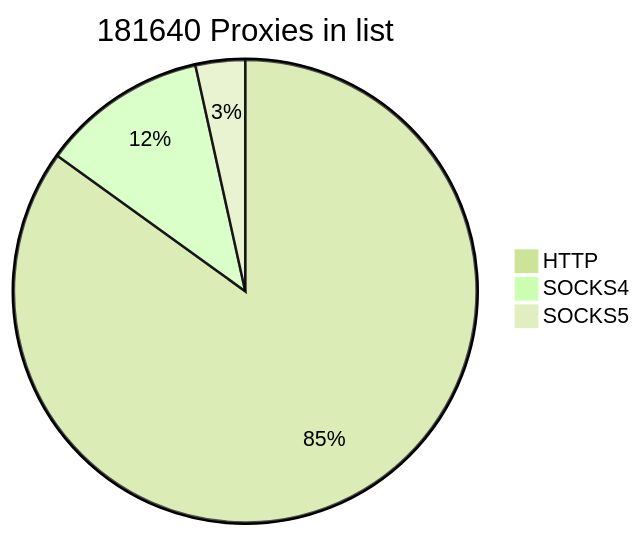
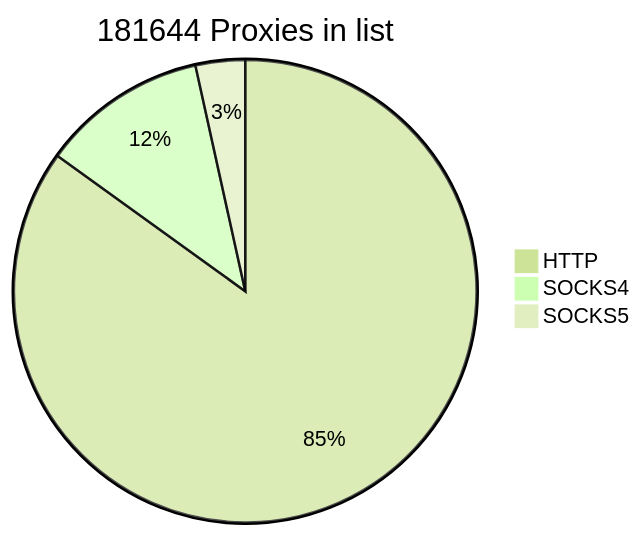
One commit to cutipu/proxylist changed the first of 2 diagrams in README.md. Above: the diagram before and after it, drawn with Mermaid (forest theme). The commit also changed other lines of this file, not shown here.

````diff
--- a/README.md
+++ b/README.md
@@ -2,7 +2,7 @@
 ```mermaid
-pie title 181640 Proxies in list
-    "HTTP" : 154288
-    "SOCKS4" : 21071
+pie title 181644 Proxies in list
+    "HTTP" : 154290
+    "SOCKS4" : 21073
     "SOCKS5" : 6281
             
 ```
````
